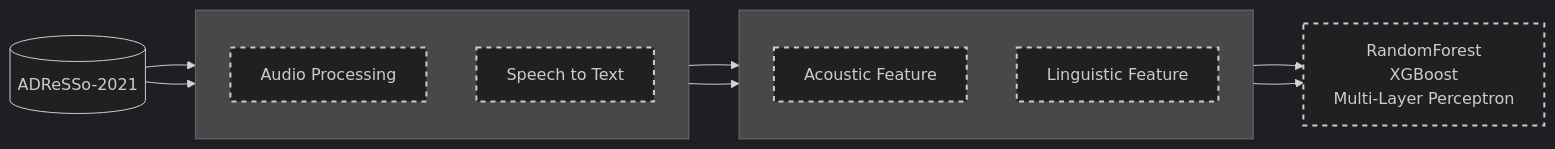
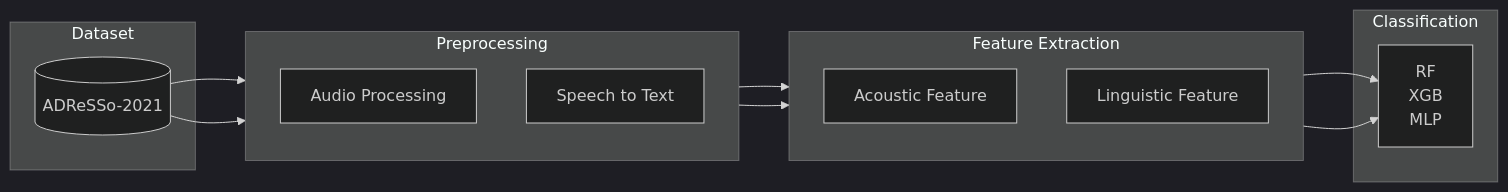
The diagram in assets/diagrams/01-pipeline.mmd (Keene-AI-Lab/multimodal), drawn with Mermaid before and after one commit. The commit also changed 2 other files, not shown here.

Commit message:
refactor: finalize pipeline flowchart mermaid diagram and update workflow
Update 01-pipeline.mmd with final design including stage labels (Dataset,
Preprocessing, Feature Extraction, Classification) and model abbreviations
(RF, XGB, MLP). Add legend table to README explaining abbreviations.

Revise Task 03 and Task 04 in TODO to reflect streamlined workflow:
- Remove verification steps comparing to original design
- Focus on workflow execution (push to trigger GitHub Actions)
- Simplify to: create diagram, generate PNG, verify quality

The GitHub Actions workflow is already configured and will auto-generate
the PNG when changes are pushed.

```diff
--- a/assets/diagrams/01-pipeline.mmd
+++ b/assets/diagrams/01-pipeline.mmd
@@ -1,36 +1,36 @@
 %%{init: {'theme':'dark', 'themeVariables': { 'fontSize':'16px', 'fontFamily':'arial'}}}%%
 flowchart LR
 
   %% Dataset
-  Dataset[(ADReSSo-2021)]
+  subgraph DatasetBox [Dataset]
+    Dataset[(ADReSSo-2021)]
+  end
 
   %% Preprocessing
-  subgraph Preprocessing [" "]
+  subgraph Preprocessing [Preprocessing]
     direction TB
     AudioProc[Audio Processing]
     STT[Speech to Text]
   end
 
   %% Feature extraction
-  subgraph FeatureExtraction [" "]
+  subgraph FeatureExtraction [Feature Extraction]
     direction TB
     Acoustic[Acoustic Feature]
     Linguistic[Linguistic Feature]
   end
 
   %% Classification
-  Classifier["RandomForest<br/>XGBoost<br/>Multi-Layer Perceptron"]
+  subgraph Classification [Classification]
+    Classifier["RF<br/>XGB<br/>MLP"]
+  end
 
   %% Flows
   Dataset --> AudioProc
   Dataset --> STT
 
   AudioProc --> Acoustic
   STT --> Linguistic
 
   Acoustic --> Classifier
   Linguistic --> Classifier
-
-  %% Styling - dashed borders for all boxes
-  classDef dashedStyle stroke-dasharray: 5 5, stroke-width:2px
-  class AudioProc,STT,Acoustic,Linguistic,Classifier dashedStyle
```
